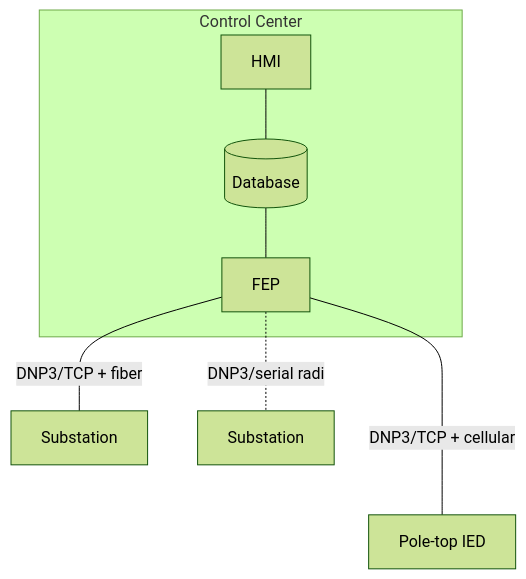
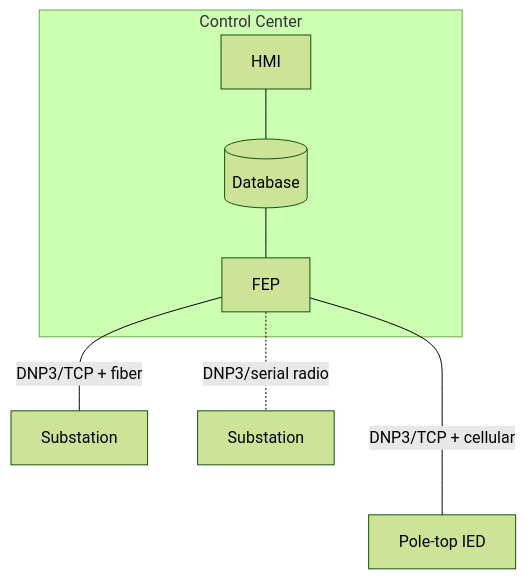
The third of 4 diagrams in guide/docs/about/dnp3.mdx (stepfunc/dnp3), drawn with Mermaid (forest theme) before and after one commit. The commit also changed 49 other files, not shown here.

````diff
--- a/guide/docs/about/dnp3.mdx
+++ b/guide/docs/about/dnp3.mdx
@@ -63,11 +63,11 @@
 ```mermaid
 graph TD
 subgraph Control Center
 A[HMI] --- B[(Database)]
 B --- C[FEP]
 end
 
 C --DNP3/TCP + fiber --- D[Substation]
 C --DNP3/TCP + cellular ---- E[Pole-top IED]
-C -.DNP3/serial radio.- F[Substation]
+C -. "DNP3/serial radio " .- F[Substation]
 ```
````
